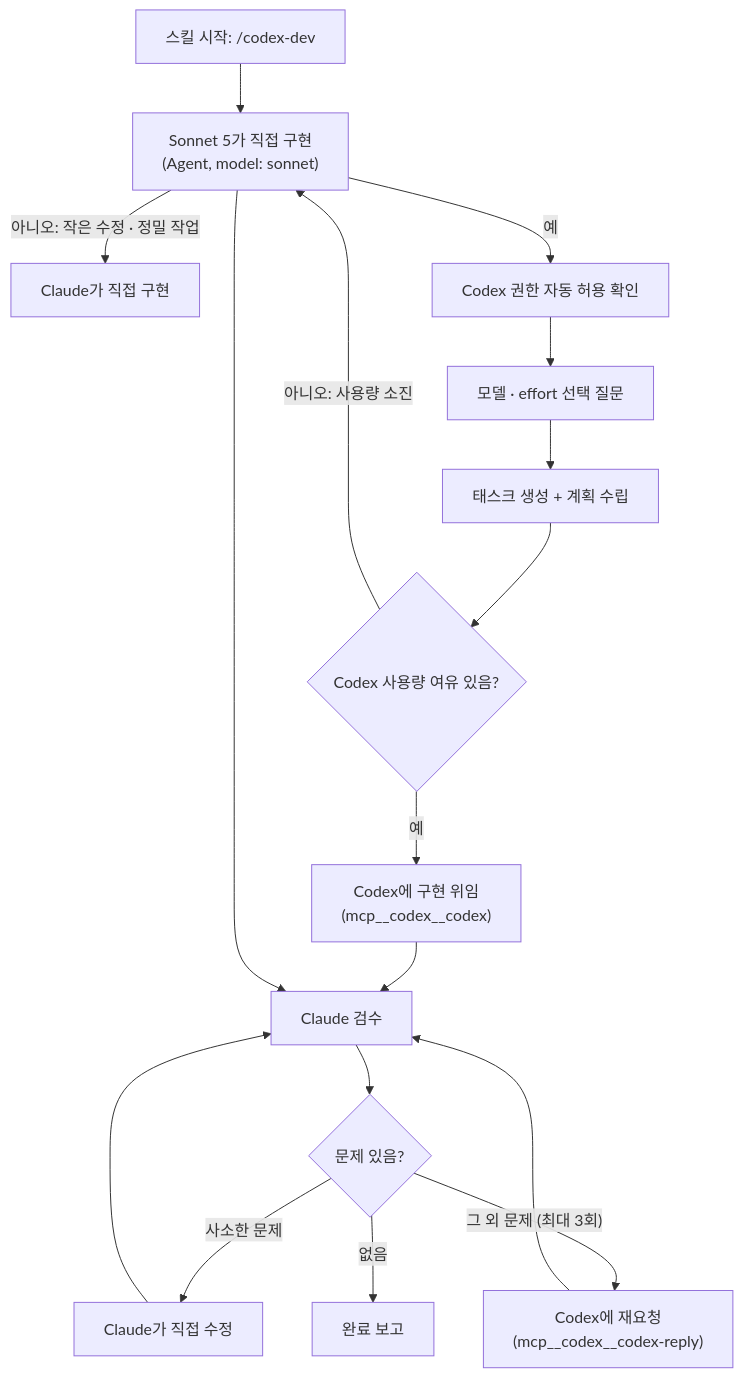
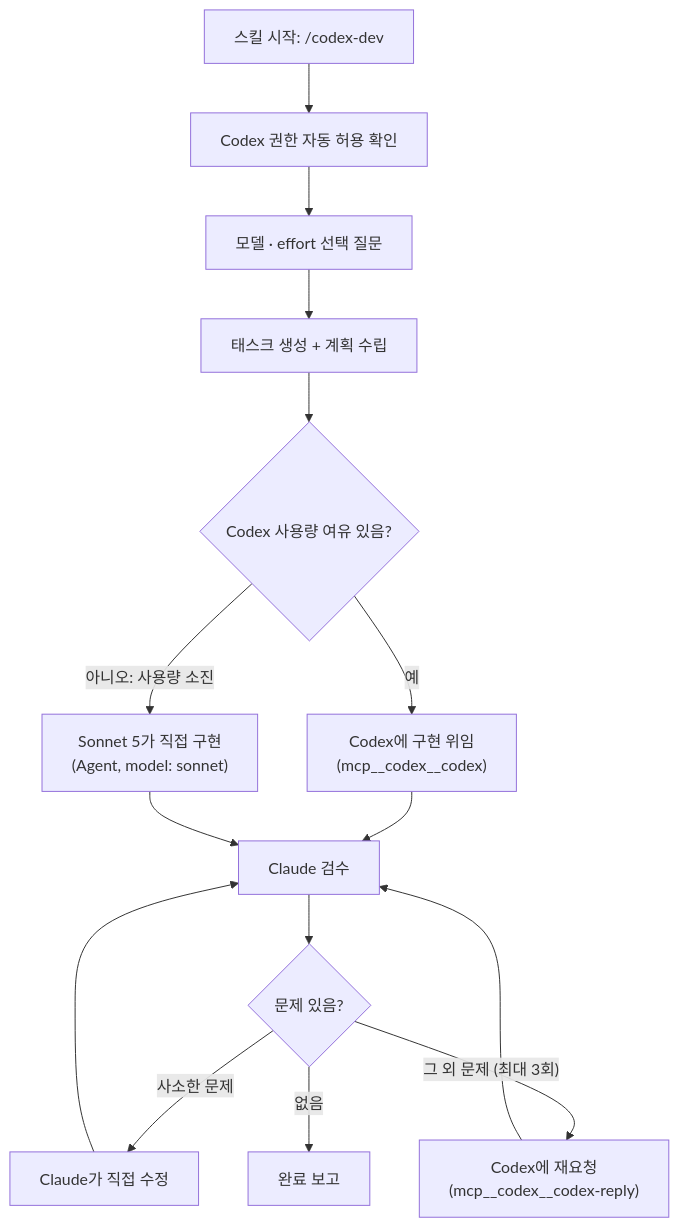
Before and after one commit to zoo3323/codex-dev-skill: the diagram in README.md, drawn with Mermaid. The commit also changed other lines of this file and 2 other files, not shown here.

````diff
--- a/README.md
+++ b/README.md
@@ -16,19 +7,17 @@
 ```mermaid
 flowchart TD
-    A[스킬 시작: /codex-dev] --> G{작업이 크고 기계적인가?}
-    G -- "아니오: 작은 수정 · 정밀 작업" --> M[Claude가 직접 구현]
-    G -- 예 --> B[Codex 권한 자동 허용 확인]
+    A[스킬 시작: /codex-dev] --> B[Codex 권한 자동 허용 확인]
     B --> C[모델 · effort 선택 질문]
     C --> D[태스크 생성 + 계획 수립]
     D --> E{Codex 사용량 여유 있음?}
     E -- 예 --> F["Codex에 구현 위임\n(mcp__codex__codex)"]
-    E -- 아니오: 사용량 소진 --> G["Sonnet 5가 직접 구현\n(Agent, model: sonnet)"]
+    E -- 아니오: 사용량 소진 --> S["Sonnet 5가 직접 구현\n(Agent, model: sonnet)"]
     F --> H[Claude 검수]
-    G --> H
+    S --> H
     H --> I{문제 있음?}
     I -- 사소한 문제 --> J[Claude가 직접 수정]
     J --> H
     I -- "그 외 문제 (최대 3회)" --> K["Codex에 재요청\n(mcp__codex__codex-reply)"]
     K --> H
     I -- 없음 --> L[완료 보고]
 ```
````
